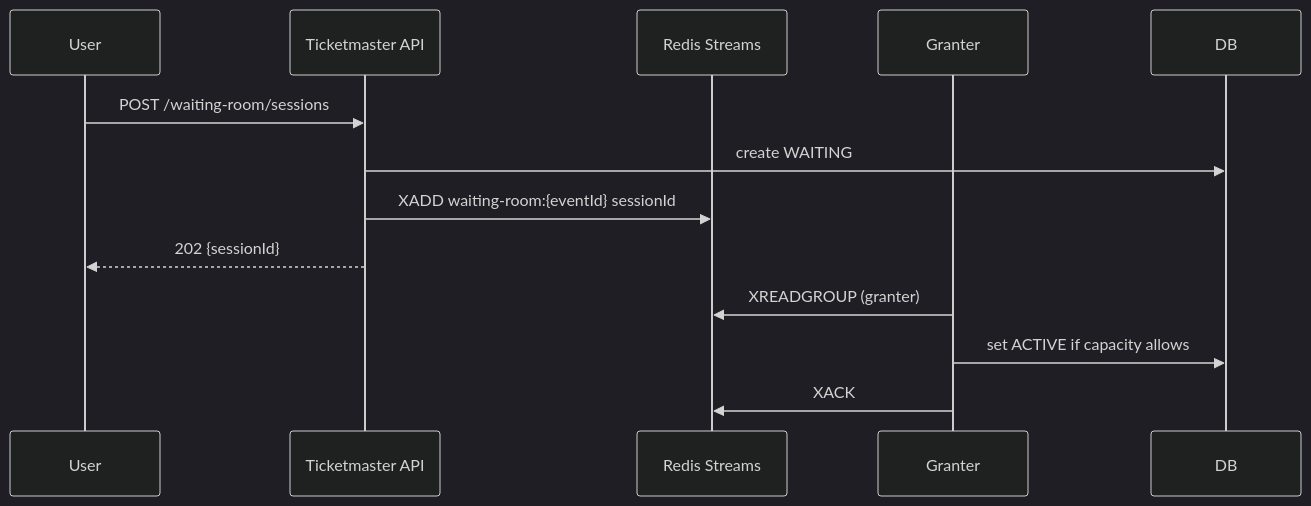
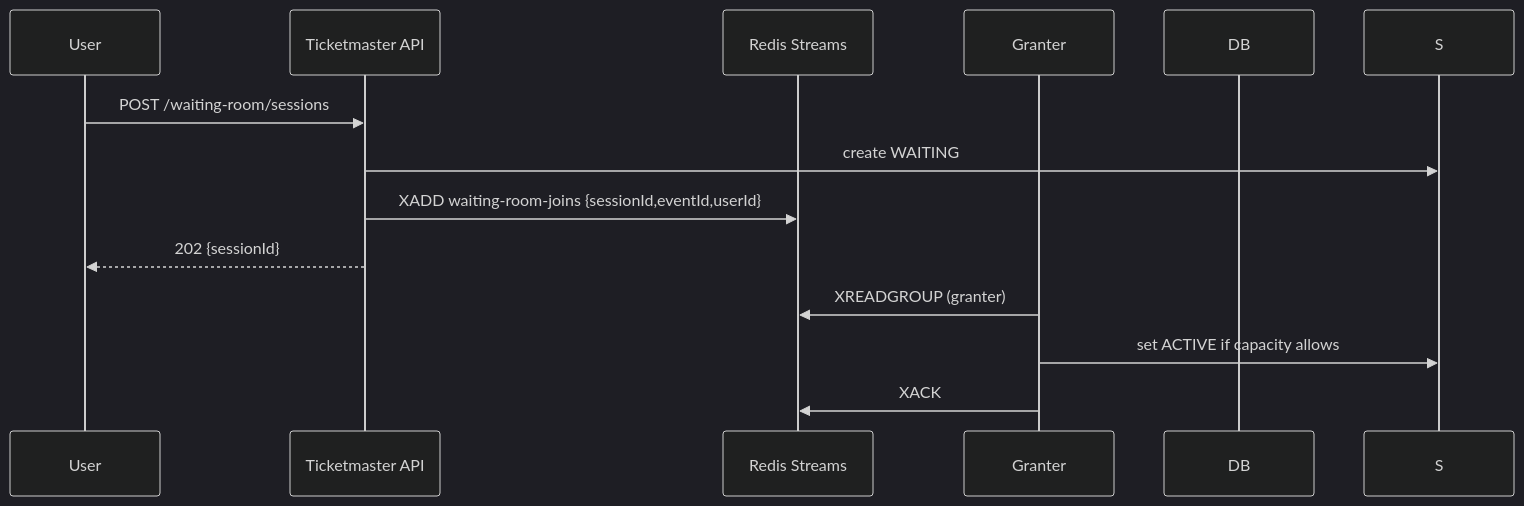
One commit to ShalomDeitch1/examples changed the second of 2 diagrams in ticketmaster/tech-waiting-room/redis-streams/README.md. Above: the diagram before and after it, drawn with Mermaid (dark theme). The commit also changed other lines of this file and 81 other files, not shown here.

Commit message:
tech-waiting-room: start working, tests a bit bland

````diff
--- a/ticketmaster/tech-waiting-room/redis-streams/README.md
+++ b/ticketmaster/tech-waiting-room/redis-streams/README.md
@@ -30,17 +30,17 @@
 ```mermaid
 sequenceDiagram
   participant U as User
   participant TM as Ticketmaster API
   participant R as Redis Streams
   participant G as Granter
   participant DB as DB
 
   U->>TM: POST /waiting-room/sessions
-  TM->>DB: create WAITING
-  TM->>R: XADD waiting-room:{eventId} sessionId
+  TM->>S: create WAITING
+  TM->>R: XADD waiting-room-joins {sessionId,eventId,userId}
   TM-->>U: 202 {sessionId}
 
   G->>R: XREADGROUP (granter)
-  G->>DB: set ACTIVE if capacity allows
+  G->>S: set ACTIVE if capacity allows
   G->>R: XACK
 ```
````
